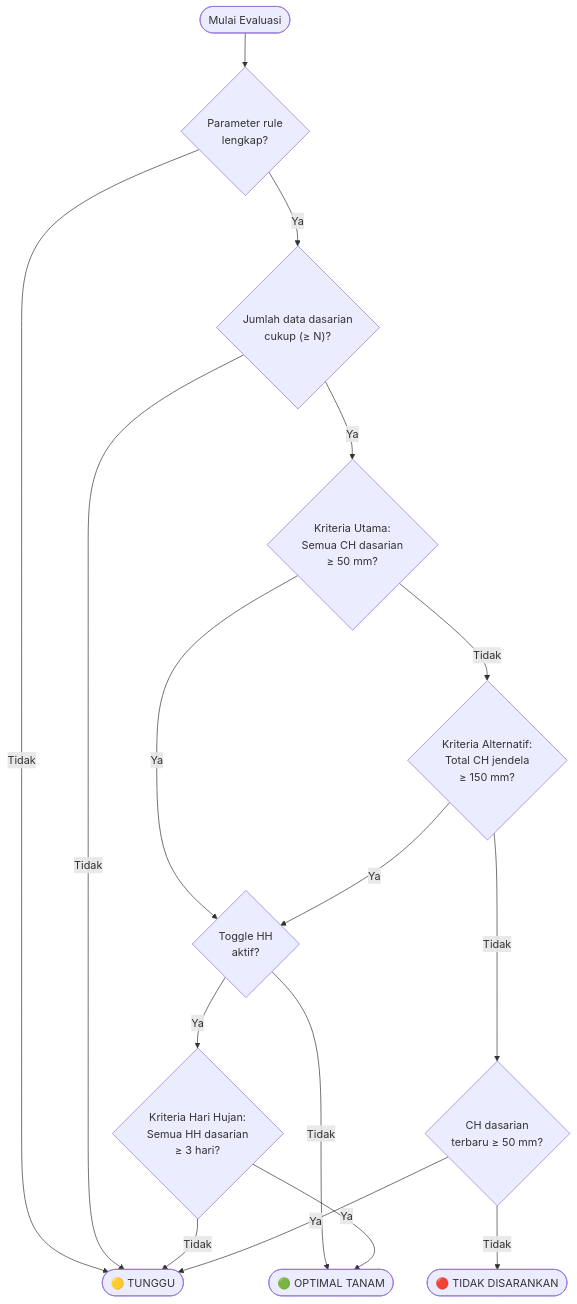
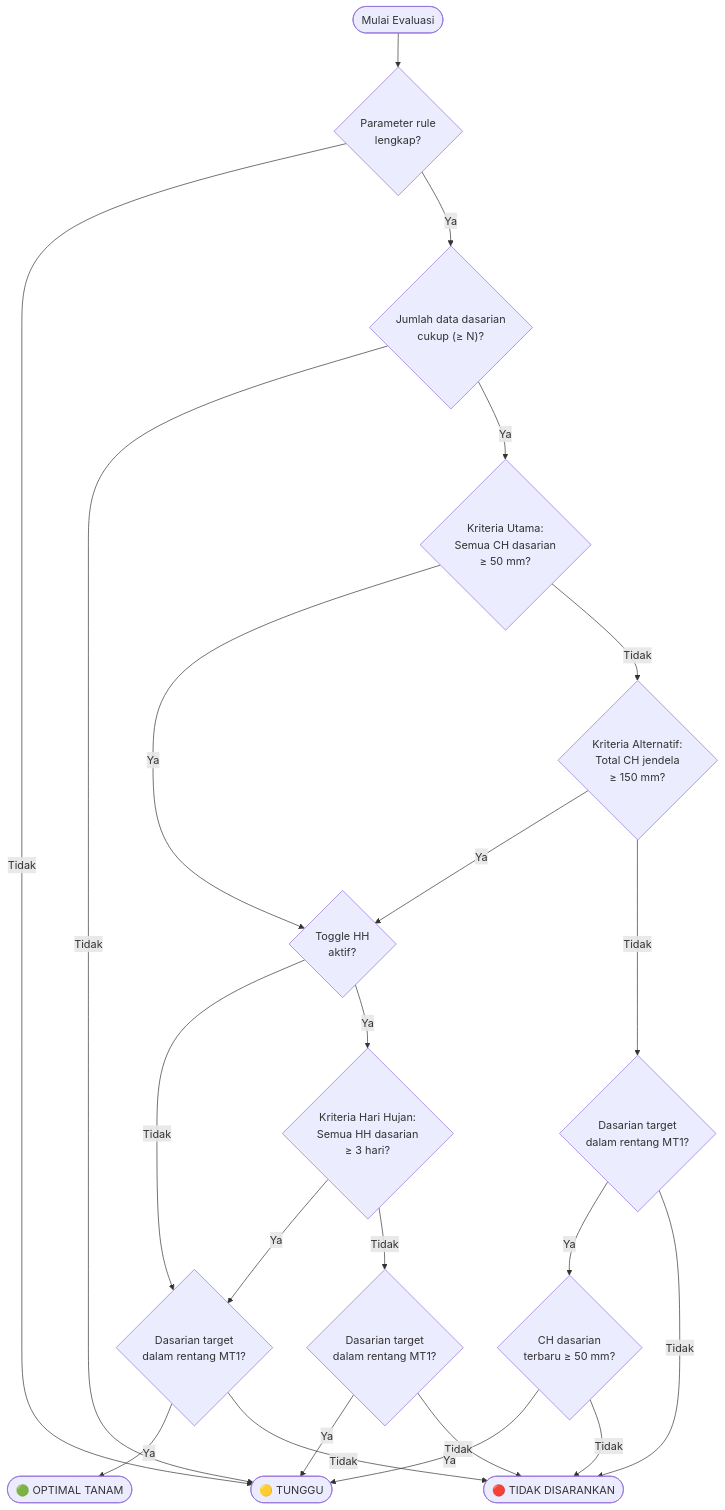
One commit to ulumbader/PKL_BMKG_UINMA_2026 changed the diagram in flowchart_rule_engine_onset_tanam.md. Above: the diagram before and after it, drawn with Mermaid. The commit also changed other lines of this file and 26 other files, not shown here.

````diff
--- a/flowchart_rule_engine_onset_tanam.md
+++ b/flowchart_rule_engine_onset_tanam.md
@@ -9,44 +9,57 @@
 ```mermaid
 flowchart TD
     START(["Mulai Evaluasi"])
 
     A{"Parameter rule<br/>lengkap?"}
     B{"Jumlah data dasarian<br/>cukup (≥ N)?"}
 
     C{"Kriteria Utama:<br/>Semua CH dasarian<br/>≥ 50 mm?"}
 
     D{"Kriteria Alternatif:<br/>Total CH jendela<br/>≥ 150 mm?"}
 
     E{"Toggle HH<br/>aktif?"}
 
     F{"Kriteria Hari Hujan:<br/>Semua HH dasarian<br/>≥ 3 hari?"}
+
+    H{"Dasarian target<br/>dalam rentang MT1?"}
+    H_HH{"Dasarian target<br/>dalam rentang MT1?"}
+    H_CH{"Dasarian target<br/>dalam rentang MT1?"}
 
     G{"CH dasarian<br/>terbaru ≥ 50 mm?"}
 
     OPTIMAL(["🟢 OPTIMAL TANAM"])
     TUNGGU(["🟡 TUNGGU"])
     TIDAK(["🔴 TIDAK DISARANKAN"])
 
     START --> A
 
     A -- Tidak --> TUNGGU
     A -- Ya --> B
 
     B -- Tidak --> TUNGGU
     B -- Ya --> C
 
     C -- Ya --> E
     C -- Tidak --> D
 
     D -- Ya --> E
-    D -- Tidak --> G
+    D -- Tidak --> H_CH
 
-    E -- Tidak --> OPTIMAL
+    E -- Tidak --> H
     E -- Ya --> F
 
-    F -- Ya --> OPTIMAL
-    F -- Tidak --> TUNGGU
+    F -- Ya --> H
+    F -- Tidak --> H_HH
+
+    H -- Ya --> OPTIMAL
+    H -- Tidak --> TIDAK
+
+    H_HH -- Ya --> TUNGGU
+    H_HH -- Tidak --> TIDAK
+
+    H_CH -- Ya --> G
+    H_CH -- Tidak --> TIDAK
 
     G -- Ya --> TUNGGU
     G -- Tidak --> TIDAK
 ```
````
